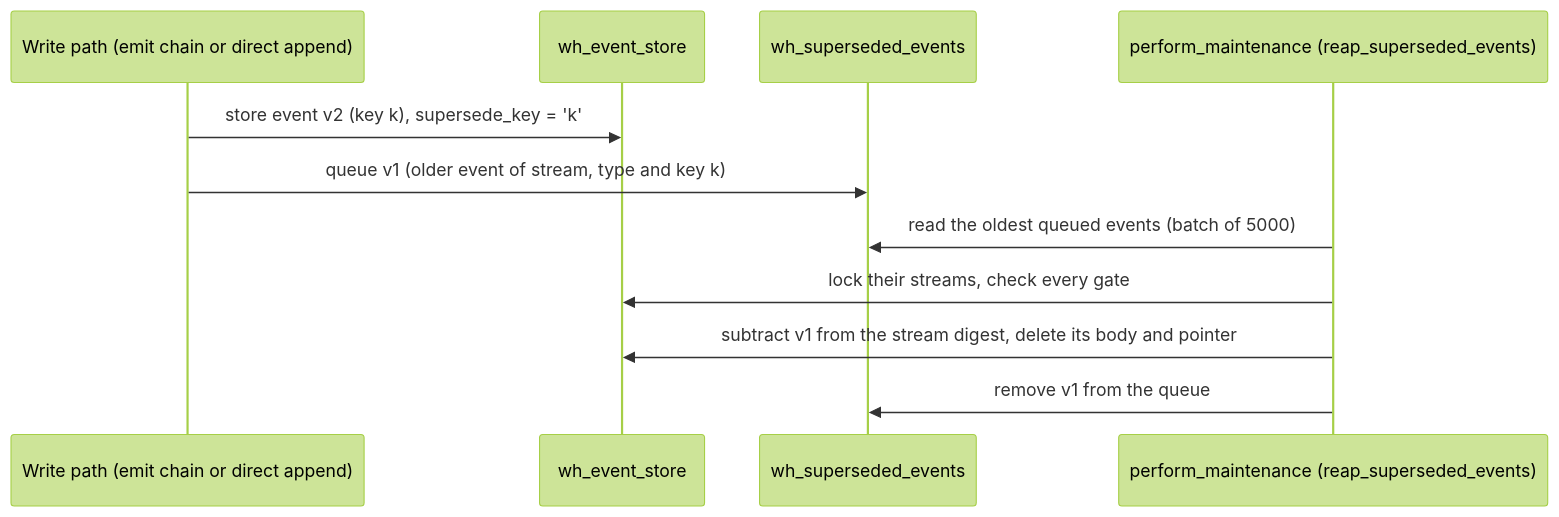
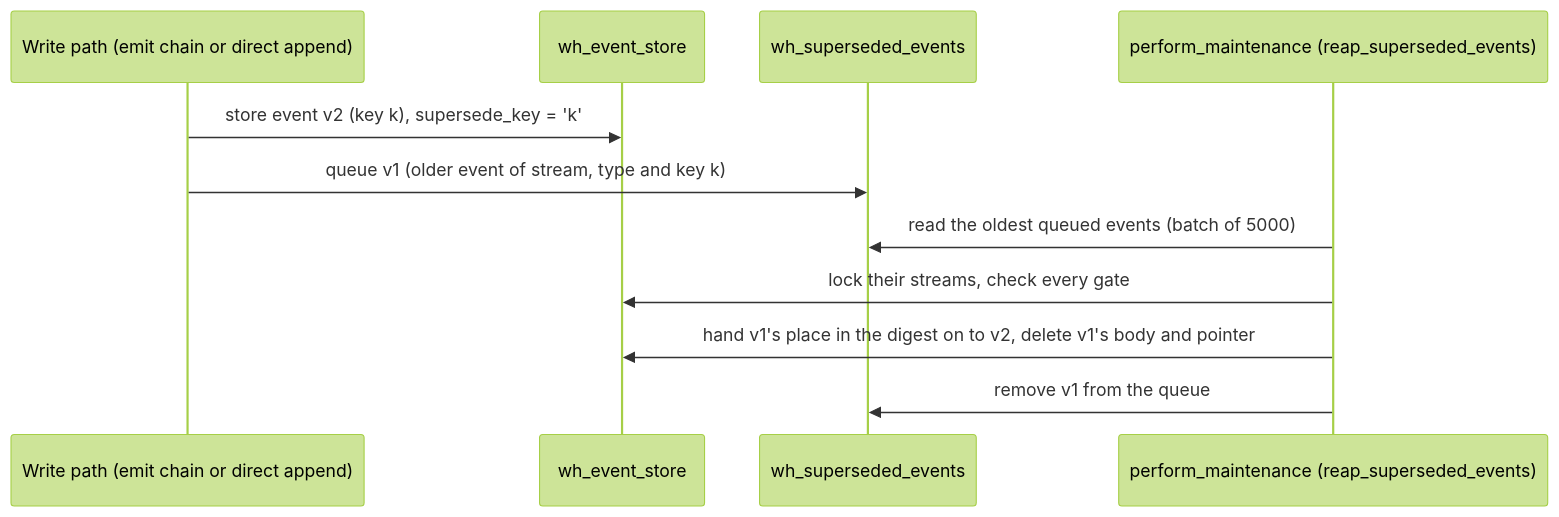
The diagram in src/assets/docs/v1.0.0/fundamentals/events/superseding-events.md (whizbang-lib/whizbang-lib.github.io), drawn with Mermaid (forest theme) before and after one commit. The commit also changed other lines of this file and 4 other files, not shown here.

````diff
--- a/src/assets/docs/v1.0.0/fundamentals/events/superseding-events.md
+++ b/src/assets/docs/v1.0.0/fundamentals/events/superseding-events.md
@@ -213,13 +215,13 @@
 ```mermaid{caption="A superseding event is stored, the older event of its key is queued, and the maintenance pass deletes it once every gate holds." tests=["SupersedingEventReaperSqlTests.Emit_Outbox_StampsTheKeyOnlyOnASupersedingEvent_AndQueuesTheOlderOneAsync", "SupersedingEventReaperSqlTests.Reap_SupersededAndConsumed_IsDeletedWithItsBodyAndItsDigestContribution_TheNewestIsKeptAsync"]}
 sequenceDiagram
   participant W as Write path (emit chain or direct append)
   participant E as wh_event_store
   participant Q as wh_superseded_events
   participant M as perform_maintenance (reap_superseded_events)
   W->>E: store event v2 (key k), supersede_key = 'k'
   W->>Q: queue v1 (older event of stream, type and key k)
   M->>Q: read the oldest queued events (batch of 5000)
   M->>E: lock their streams, check every gate
-  M->>E: subtract v1 from the stream digest, delete its body and pointer
+  M->>E: hand v1's place in the digest on to v2, delete v1's body and pointer
   M->>Q: remove v1 from the queue
 ```
````
